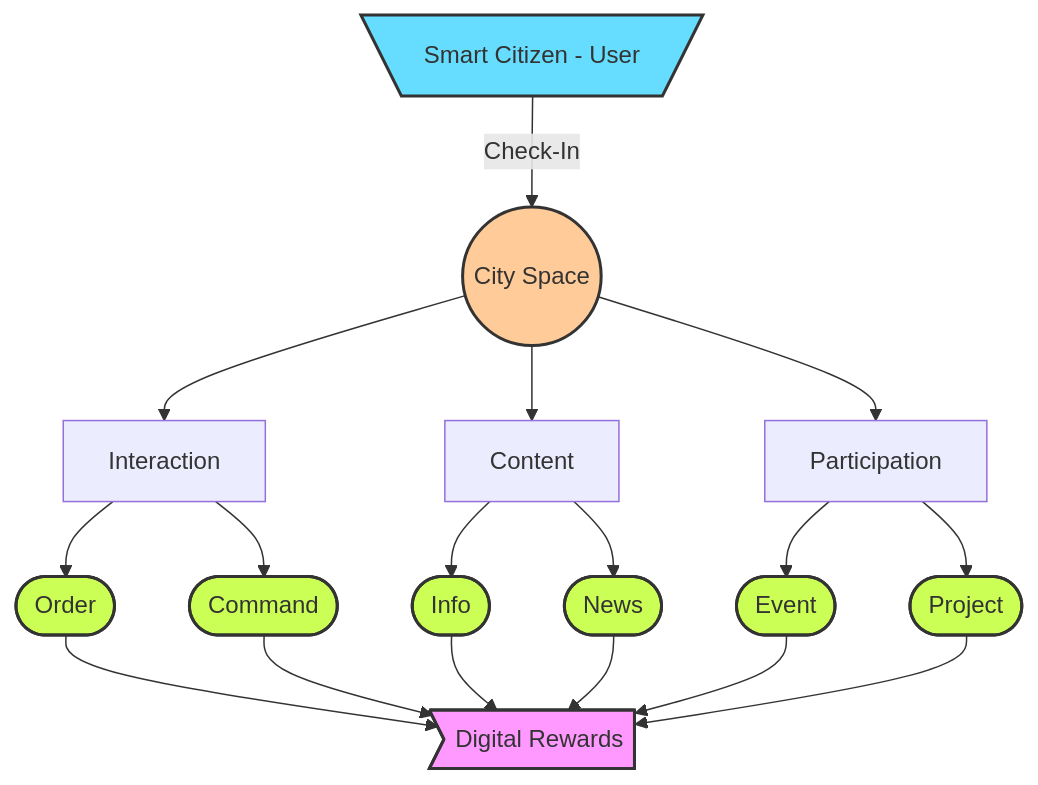
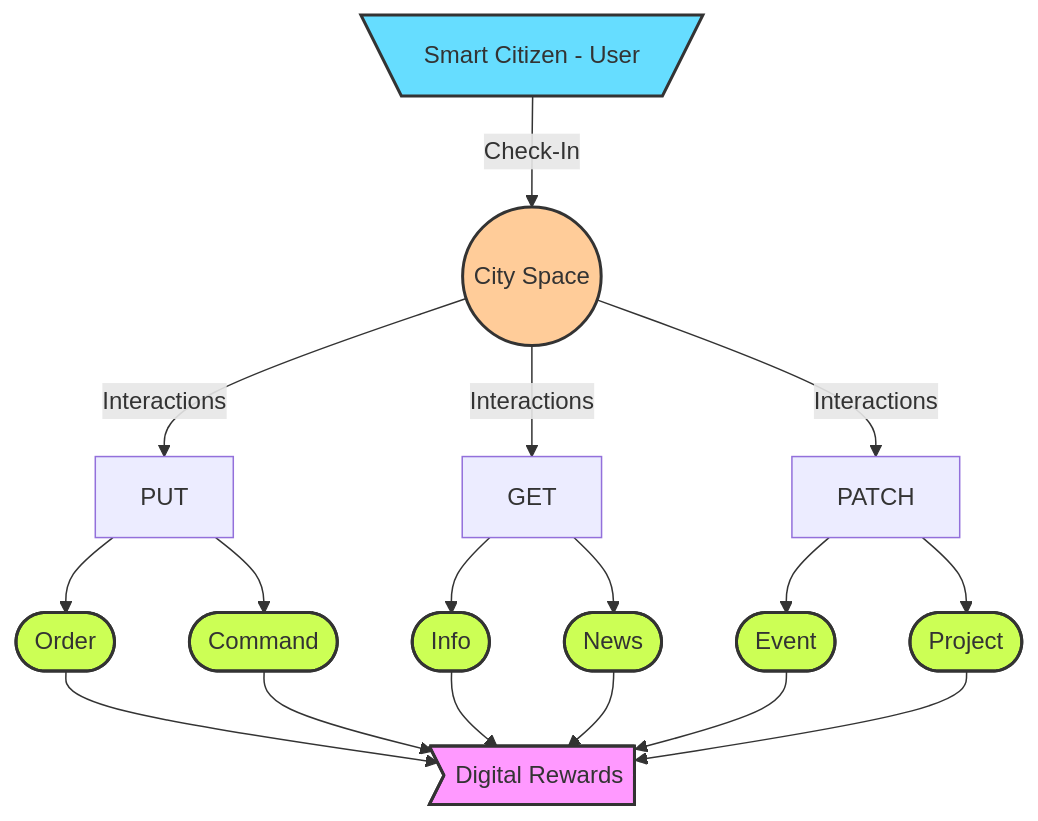
The diagram in pages/roadmap.md (cityos-work/cityos-dev), drawn with Mermaid before and after one commit.

````diff
--- a/pages/roadmap.md
+++ b/pages/roadmap.md
@@ -50,29 +50,29 @@
 ```mermaid
 graph TB;
     USER[\Smart Citizen - User/]-- Check-In -->SPACE((City Space));
-    SPACE-->INTERACTION[Interaction];
-    SPACE-->CONTENT[Content];
-    SPACE-->PARTICIPATION[Participation];
+    SPACE-- Interactions -->PUT[PUT];
+    SPACE-- Interactions -->GET[GET];
+    SPACE-- Interactions -->PATCH[PATCH];
     
-    INTERACTION-->ORDER([Order]);
-    INTERACTION-->COMMAND([Command]);
-    CONTENT-->INFO([Info]);
-    CONTENT-->NEWS([News]);
-    PARTICIPATION-->EVENT([Event]);
-    PARTICIPATION-->PROJECT([Project]);
+    PUT-->ORDER([Order]);
+    PUT-->COMMAND([Command]);
+    GET-->INFO([Info]);
+    GET-->NEWS([News]);
+    PATCH-->EVENT([Event]);
+    PATCH-->PROJECT([Project]);
     ORDER-->REWARD>Digital Rewards];
     COMMAND-->REWARD;
     INFO-->REWARD;
     NEWS-->REWARD;
     EVENT-->REWARD;
     PROJECT-->REWARD;
     style USER fill:#6df,stroke:#333,stroke-width:2px
     style SPACE fill:#fc9,stroke:#333,stroke-width:2px
     style ORDER fill:#CF5, stroke:#333,stroke-width:2px
     style COMMAND fill:#CF5, stroke:#333,stroke-width:2px
     style INFO fill:#CF5, stroke:#333,stroke-width:2px
     style NEWS fill:#CF5, stroke:#333,stroke-width:2px
     style EVENT fill:#CF5, stroke:#333,stroke-width:2px
     style PROJECT fill:#CF5, stroke:#333,stroke-width:2px
     style REWARD fill:#f9f,stroke:#333,stroke-width:2px   
 ```
````
